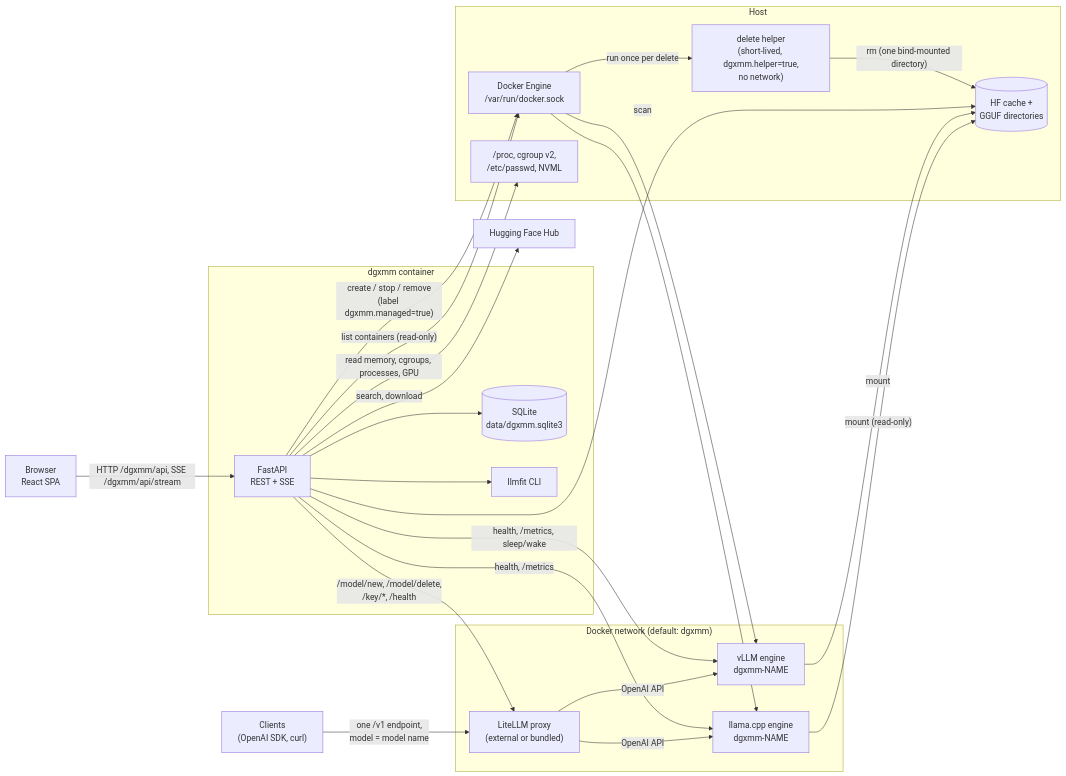
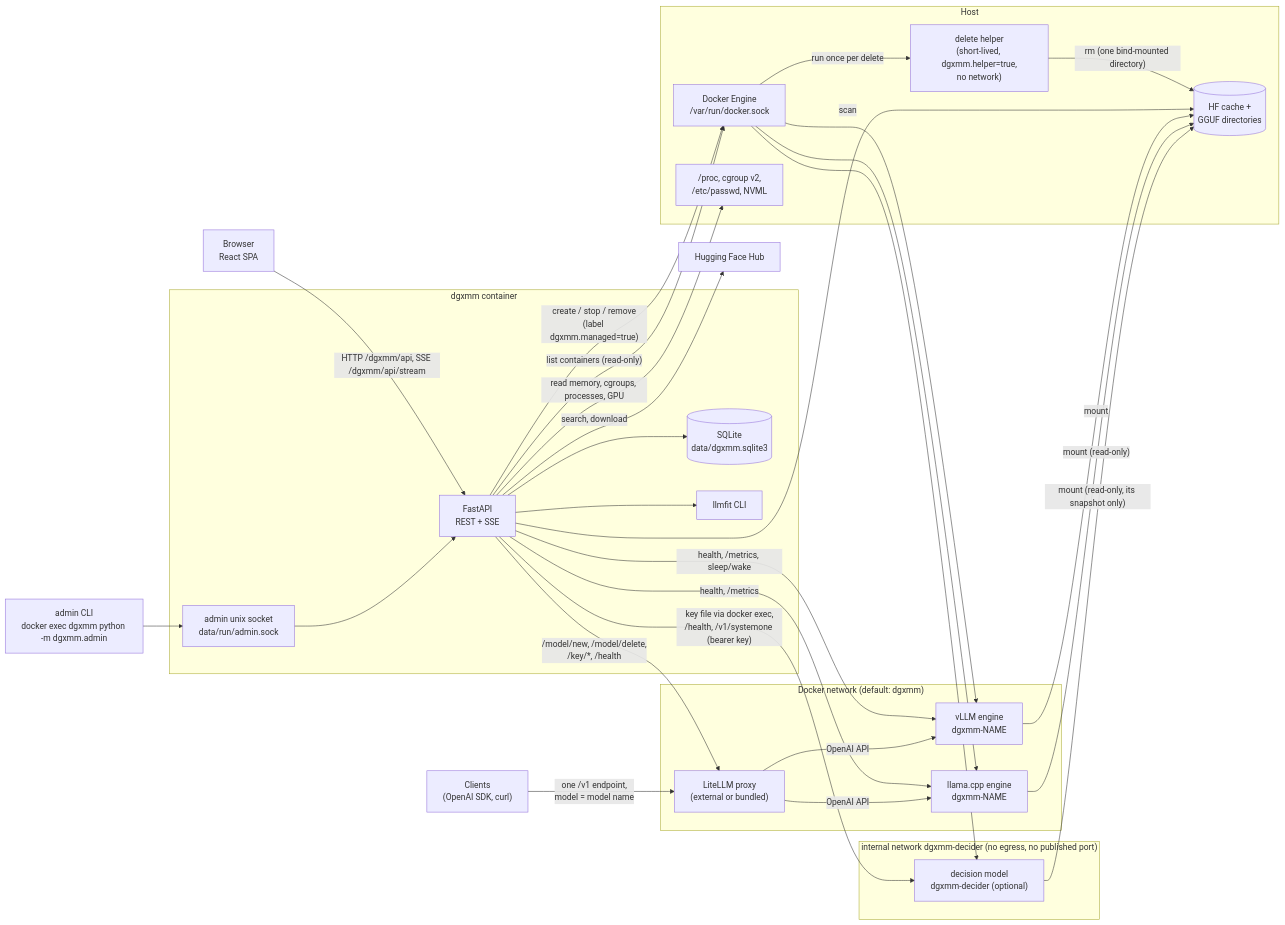
Before and after one commit to nikghodki/dgxmodelmanager: the first of 3 diagrams in docs/architecture.md, drawn with Mermaid. The commit also changed other lines of this file and 421 other files, not shown here.

````diff
--- a/docs/architecture.md
+++ b/docs/architecture.md
@@ -27,43 +30,53 @@
 ```mermaid
 flowchart LR
   browser["Browser<br/>React SPA"]
   subgraph dgxmm["dgxmm container"]
     api["FastAPI<br/>REST + SSE"]
     db[("SQLite<br/>data/dgxmm.sqlite3")]
     llmfit["llmfit CLI"]
+    sock["admin unix socket<br/>data/run/admin.sock"]
   end
+  cli["admin CLI<br/>docker exec dgxmm python -m dgxmm.admin"]
   subgraph host["Host"]
     docker["Docker Engine<br/>/var/run/docker.sock"]
     probes["/proc, cgroup v2,<br/>/etc/passwd, NVML"]
     disk[("HF cache +<br/>GGUF directories")]
     helper["delete helper<br/>(short-lived, dgxmm.helper=true,<br/>no network)"]
   end
   subgraph net["Docker network (default: dgxmm)"]
     vllm["vLLM engine<br/>dgxmm-NAME"]
     llama["llama.cpp engine<br/>dgxmm-NAME"]
     litellm["LiteLLM proxy<br/>(external or bundled)"]
+  end
+  subgraph dnet["internal network dgxmm-decider (no egress, no published port)"]
+    decider["decision model<br/>dgxmm-decider (optional)"]
   end
   clients["Clients<br/>(OpenAI SDK, curl)"]
   hub["Hugging Face Hub"]
 
   browser -- "HTTP /dgxmm/api, SSE /dgxmm/api/stream" --> api
   api --> db
   api --> llmfit
   api -- "create / stop / remove<br/>(label dgxmm.managed=true)" --> docker
   api -- "list containers (read-only)" --> docker
   docker --> vllm
   docker --> llama
   docker -- "run once per delete" --> helper
   helper -- "rm (one bind-mounted directory)" --> disk
   api -- "read memory, cgroups, processes, GPU" --> probes
   api -- "scan" --> disk
   vllm -- "mount" --> disk
   llama -- "mount (read-only)" --> disk
   api -- "health, /metrics, sleep/wake" --> vllm
   api -- "health, /metrics" --> llama
   api -- "/model/new, /model/delete,<br/>/key/*, /health" --> litellm
   clients -- "one /v1 endpoint,<br/>model = model name" --> litellm
   litellm -- "OpenAI API" --> vllm
   litellm -- "OpenAI API" --> llama
   api -- "search, download" --> hub
+  docker --> decider
+  api -- "key file via docker exec,<br/>/health, /v1/systemone (bearer key)" --> decider
+  decider -- "mount (read-only, its snapshot only)" --> disk
+  cli --> sock
+  sock --> api
 ```
````
